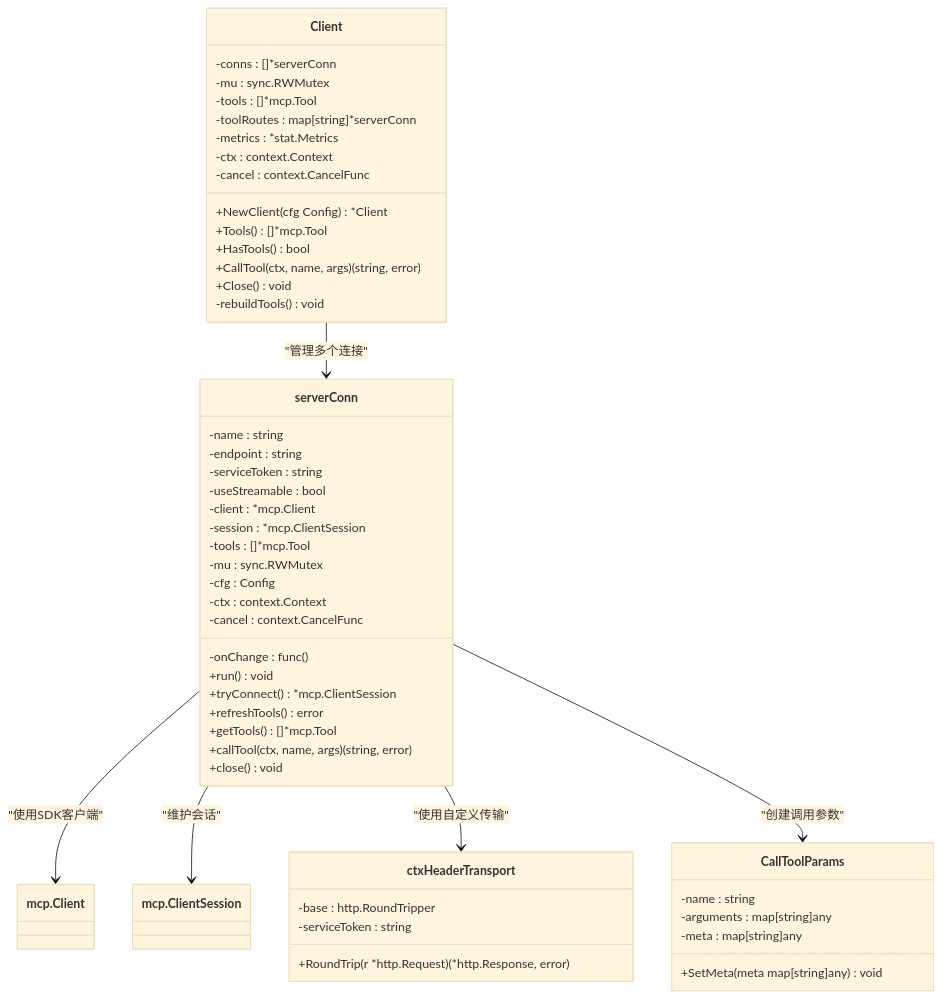
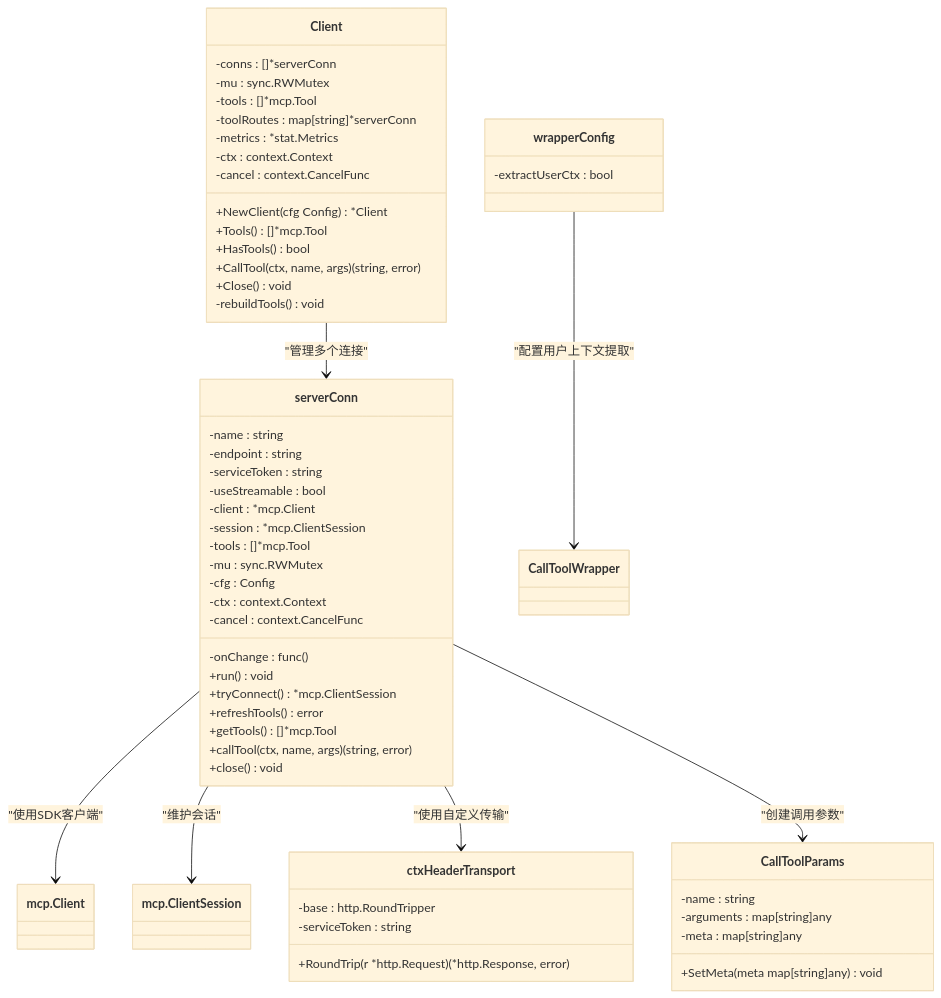
Before and after one commit to maomao94/zero-service: the third of 25 diagrams in .qoder/repowiki/zh/content/核心服务详解/Mcpx客户端包.md, drawn with Mermaid (base theme). The commit also changed other lines of this file and 42 other files, not shown here.

````diff
--- a/.qoder/repowiki/zh/content/核心服务详解/Mcpx客户端包.md
+++ b/.qoder/repowiki/zh/content/核心服务详解/Mcpx客户端包.md
@@ -249,54 +282,58 @@
 ```mermaid
 classDiagram
 class Client {
 -conns : []*serverConn
 -mu : sync.RWMutex
 -tools : []*mcp.Tool
 -toolRoutes : map[string]*serverConn
 -metrics : *stat.Metrics
 -ctx : context.Context
 -cancel : context.CancelFunc
 +NewClient(cfg Config) *Client
 +Tools() []*mcp.Tool
 +HasTools() bool
 +CallTool(ctx, name, args) (string, error)
 +Close() void
 -rebuildTools() void
 }
 class serverConn {
 -name : string
 -endpoint : string
 -serviceToken : string
 -useStreamable : bool
 -client : *mcp.Client
 -session : *mcp.ClientSession
 -tools : []*mcp.Tool
 -mu : sync.RWMutex
 -cfg : Config
 -onChange : func()
 -ctx : context.Context
 -cancel : context.CancelFunc
 +run() void
 +tryConnect() *mcp.ClientSession
 +refreshTools() error
 +getTools() []*mcp.Tool
 +callTool(ctx, name, args) (string, error)
 +close() void
 }
 class ctxHeaderTransport {
 -base : http.RoundTripper
 -serviceToken : string
 +RoundTrip(r *http.Request) (*http.Response, error)
 }
 class CallToolParams {
 -name : string
 -arguments : map[string]any
 -meta : map[string]any
 +SetMeta(meta map[string]any) void
 }
+class wrapperConfig {
+-extractUserCtx : bool
+}
 Client --> serverConn : "管理多个连接"
 serverConn --> mcp.Client : "使用SDK客户端"
 serverConn --> mcp.ClientSession : "维护会话"
 serverConn --> ctxHeaderTransport : "使用自定义传输"
 serverConn --> CallToolParams : "创建调用参数"
+wrapperConfig --> CallToolWrapper : "配置用户上下文提取"
 ```
````
